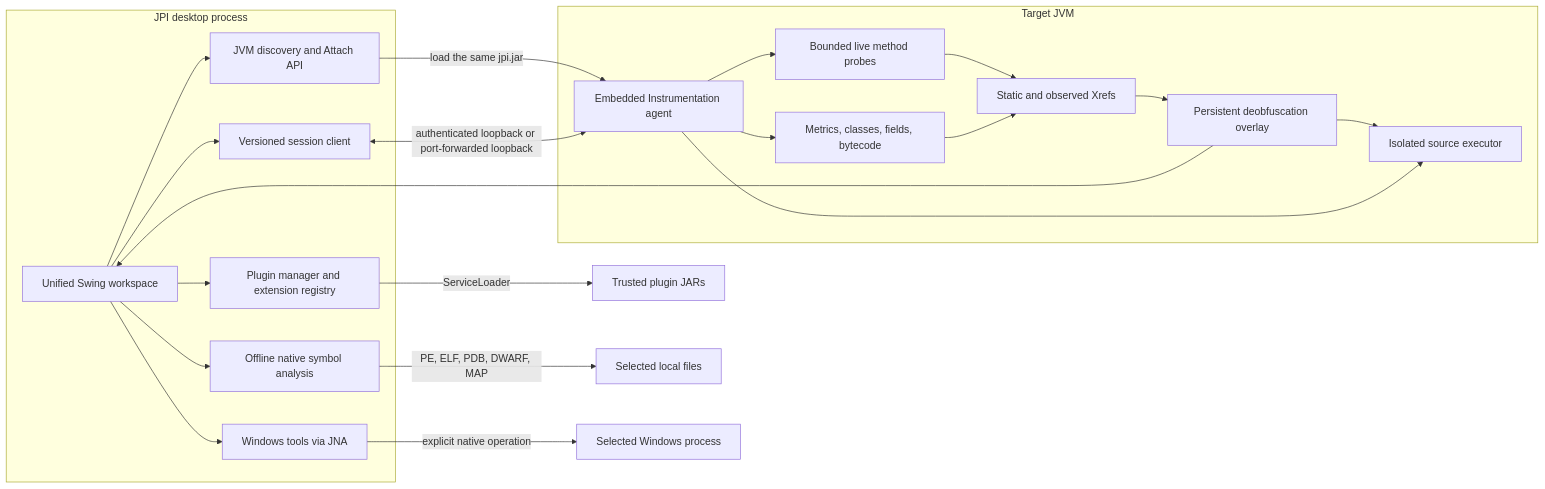
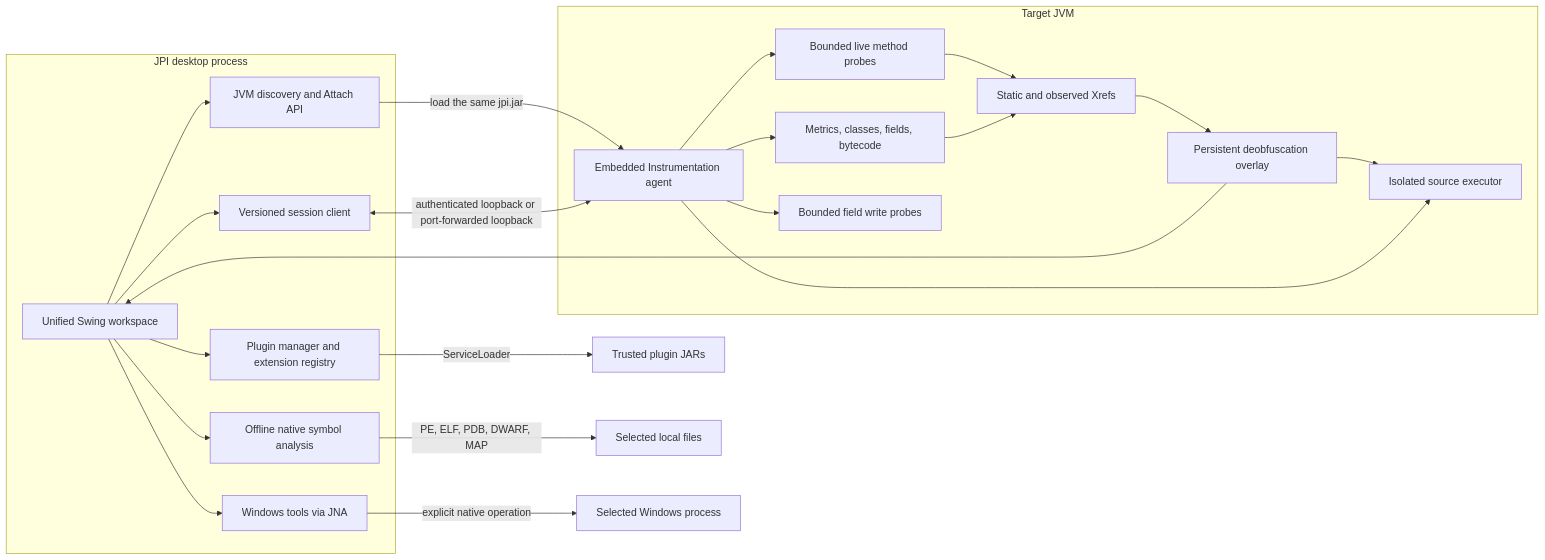
The diagram in README.md (0WhiteDev/Java-Process-Inspector), drawn with Mermaid before and after one commit. The commit also changed other lines of this file and 18 other files, not shown here.

Commit message:
feat: add field write provenance tracing

````diff
--- a/README.md
+++ b/README.md
@@ -474,37 +496,39 @@
 ```mermaid
 flowchart LR
   subgraph controller [JPI desktop process]
     GUI[Unified Swing workspace]
     ATTACH[JVM discovery and Attach API]
     CLIENT[Versioned session client]
     WIN[Windows tools via JNA]
     SYMBOLS[Offline native symbol analysis]
     PLUGINS[Plugin manager and extension registry]
   end
   subgraph target [Target JVM]
     AGENT[Embedded Instrumentation agent]
     INSPECT[Metrics, classes, fields, bytecode]
     TRACE[Bounded live method probes]
+    FIELD[Bounded field write probes]
     XREF[Static and observed Xrefs]
     MAP[Persistent deobfuscation overlay]
     EXEC[Isolated source executor]
   end
   GUI --> ATTACH
   ATTACH -->|load the same jpi.jar| AGENT
   GUI --> CLIENT
   CLIENT <-->|authenticated loopback or port-forwarded loopback| AGENT
   AGENT --> INSPECT
   AGENT --> TRACE
+  AGENT --> FIELD
   TRACE --> XREF
   INSPECT --> XREF
   XREF --> MAP
   MAP --> GUI
   MAP --> EXEC
   AGENT --> EXEC
   GUI --> WIN
   GUI --> SYMBOLS
   GUI --> PLUGINS
   PLUGINS -->|ServiceLoader| JARS[Trusted plugin JARs]
   SYMBOLS -->|PE, ELF, PDB, DWARF, MAP| FILES[Selected local files]
   WIN -->|explicit native operation| OS[Selected Windows process]
 ```
````
